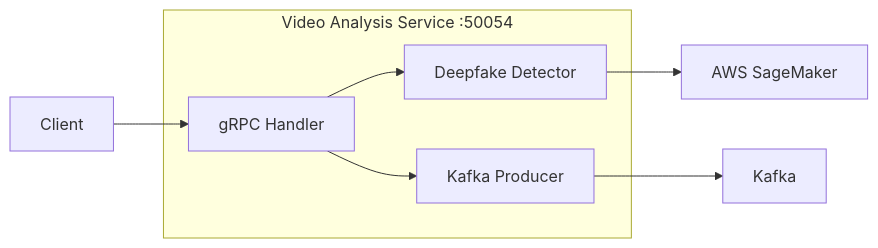
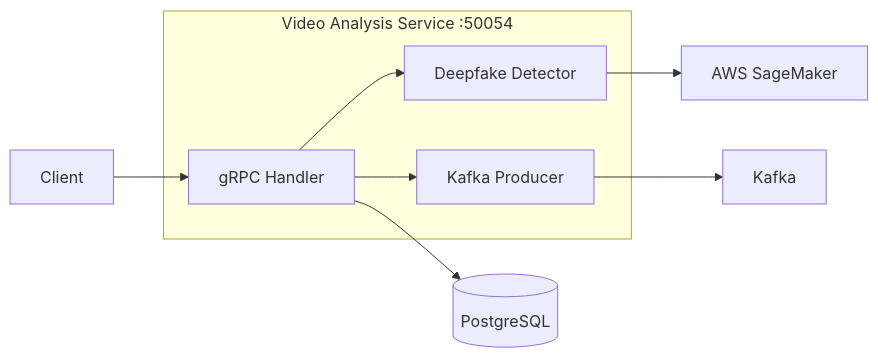
Before and after one commit to vanillaturtlechips/pawfiler4: the fourth of 9 diagrams in ARCHITECTURE.md, drawn with Mermaid. The commit also changed other lines of this file and 1 other file, not shown here.

````diff
--- a/ARCHITECTURE.md
+++ b/ARCHITECTURE.md
@@ -129,14 +130,15 @@
 ```mermaid
 graph LR
     subgraph "Video Analysis Service :50054"
         VH[gRPC Handler]
         VD[Deepfake Detector]
         VK[Kafka Producer]
     end
     
     Client[Client] --> VH
     VH --> VD
     VD --> SM[AWS SageMaker]
     VH --> VK
     VK --> K[Kafka]
+    VH --> DB[(PostgreSQL)]
 ```
````
